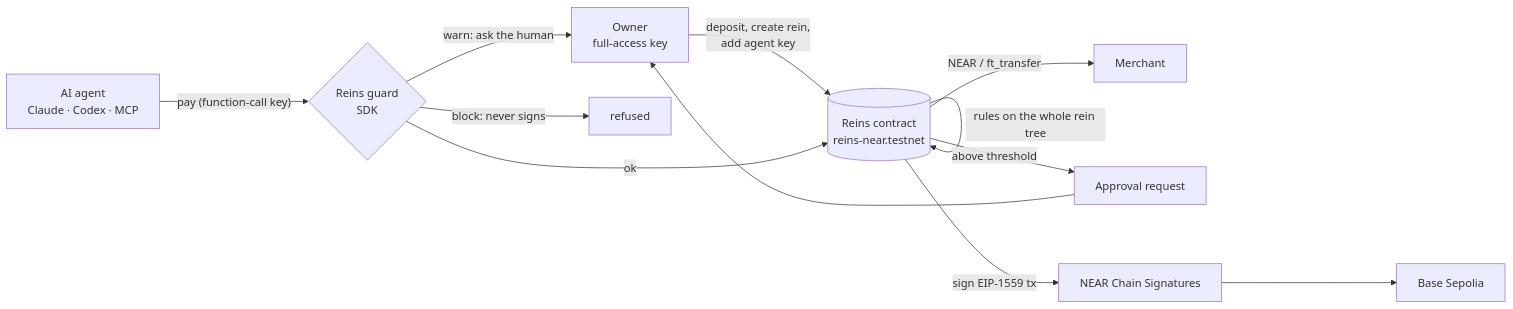
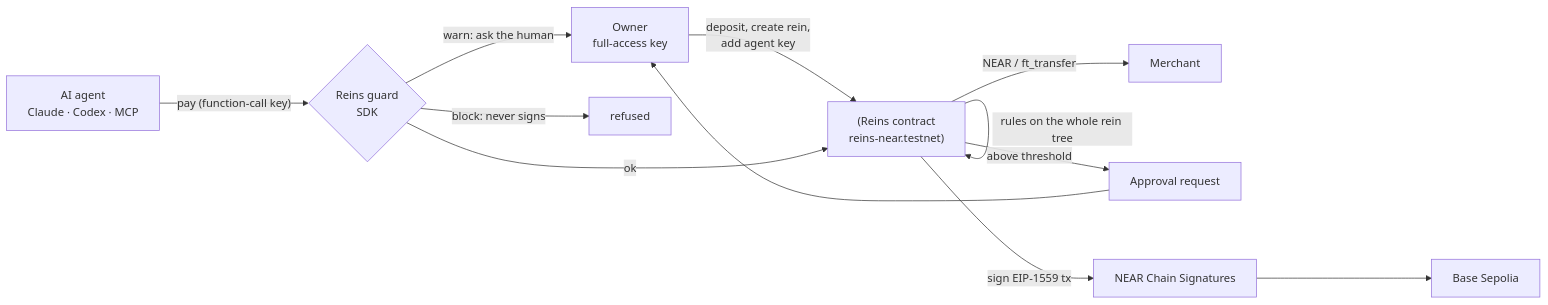
One commit to LSUDOKO/Reins changed the first of 3 diagrams in README.md. Above: the diagram before and after it, drawn with Mermaid. The commit also changed other lines of this file and 2 other files, not shown here.

Commit message:
Docs: Mermaid diagrams render on GitHub (quoted labels, no ; or #); README header is logo, tagline, badges, links, then banner

````diff
--- a/README.md
+++ b/README.md
@@ -125,13 +125,13 @@
 ```mermaid
 flowchart LR
-  O[Owner<br/>full-access key] -- "deposit, create rein,<br/>add agent key" --> C[(Reins contract<br/>reins-near.testnet)]
+  O[Owner<br/>full-access key] -- "deposit, create rein,<br/>add agent key" --> C["(Reins contract<br/>reins-near.testnet)"]
   A[AI agent<br/>Claude · Codex · MCP] -- "pay (function-call key)" --> G{Reins guard<br/>SDK}
   G -- "block: never signs" --> X[refused]
   G -- "warn: ask the human" --> O
   G -- "ok" --> C
   C -- "rules on the whole rein tree" --> C
   C -- "NEAR / ft_transfer" --> M[Merchant]
   C -- "sign EIP-1559 tx" --> S[NEAR Chain Signatures]
   S --> B[Base Sepolia]
   C -- "above threshold" --> R[Approval request] --> O
 ```
````
